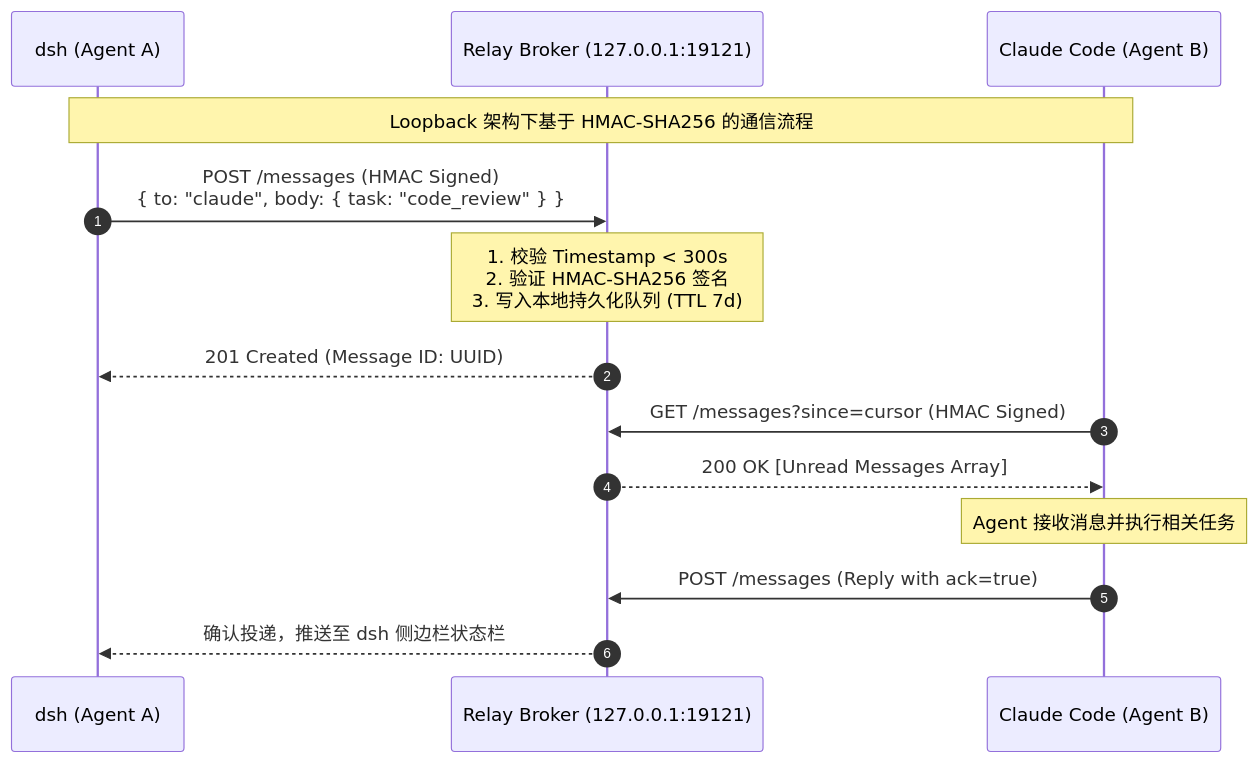
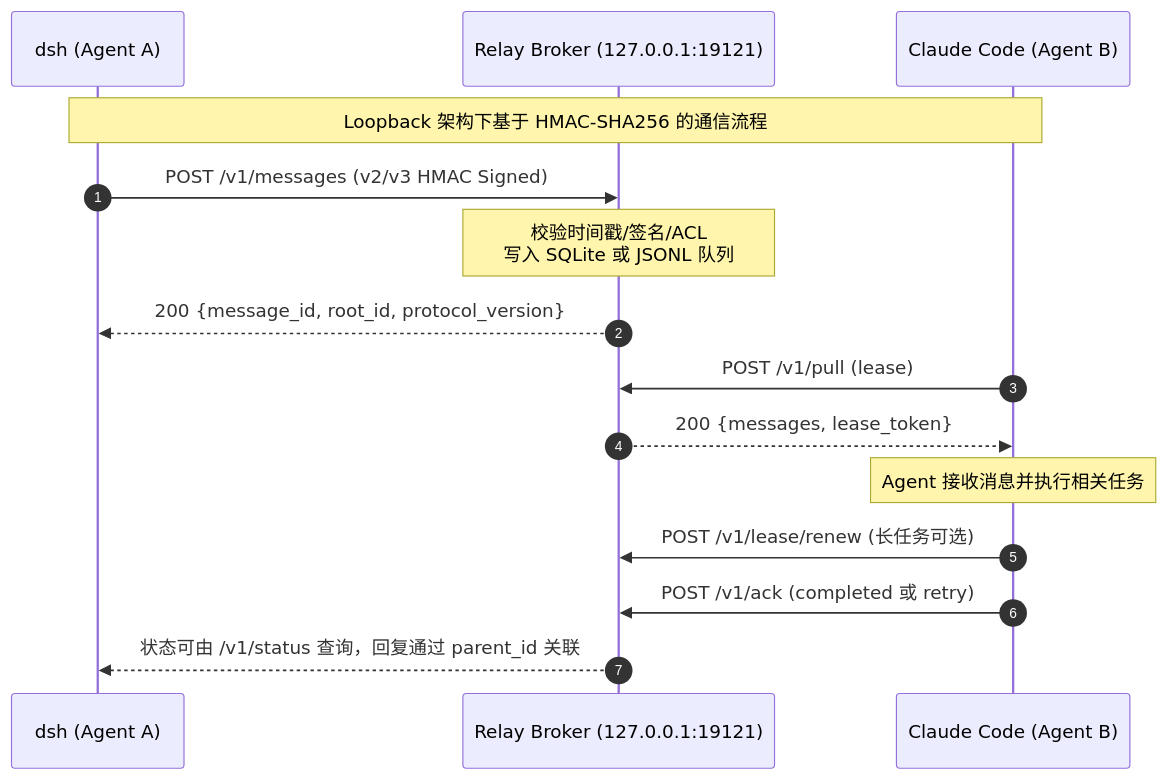
Before and after one commit to Noelune/dsh-agent-relay: the first of 2 diagrams in README.md, drawn with Mermaid. The commit also changed other lines of this file and 10 other files, not shown here.

````diff
--- a/README.md
+++ b/README.md
@@ -61,18 +65,18 @@
 ```mermaid
 sequenceDiagram
     autonumber
     participant D as dsh (Agent A)
     participant B as Relay Broker (127.0.0.1:19121)
     participant C as Claude Code (Agent B)
 
     Note over D,C: Loopback 架构下基于 HMAC-SHA256 的通信流程
-    D->>B: POST /messages (HMAC Signed) <br> { to: "claude", body: { task: "code_review" } }
-    Note over B: 1. 校验 Timestamp < 300s<br>2. 验证 HMAC-SHA256 签名<br>3. 写入本地持久化队列 (TTL 7d)
-    B-->>D: 201 Created (Message ID: UUID)
-
-    C->>B: GET /messages?since=cursor (HMAC Signed)
-    B-->>C: 200 OK [Unread Messages Array]
+    D->>B: POST /v1/messages (v2/v3 HMAC Signed)
+    Note over B: 校验时间戳/签名/ACL<br/>写入 SQLite 或 JSONL 队列
+    B-->>D: 200 {message_id, root_id, protocol_version}
+    C->>B: POST /v1/pull (lease)
+    B-->>C: 200 {messages, lease_token}
     Note over C: Agent 接收消息并执行相关任务
-    C->>B: POST /messages (Reply with ack=true)
-    B-->>D: 确认投递，推送至 dsh 侧边栏状态栏
+    C->>B: POST /v1/lease/renew (长任务可选)
+    C->>B: POST /v1/ack (completed 或 retry)
+    B-->>D: 状态可由 /v1/status 查询，回复通过 parent_id 关联
 ```
````
